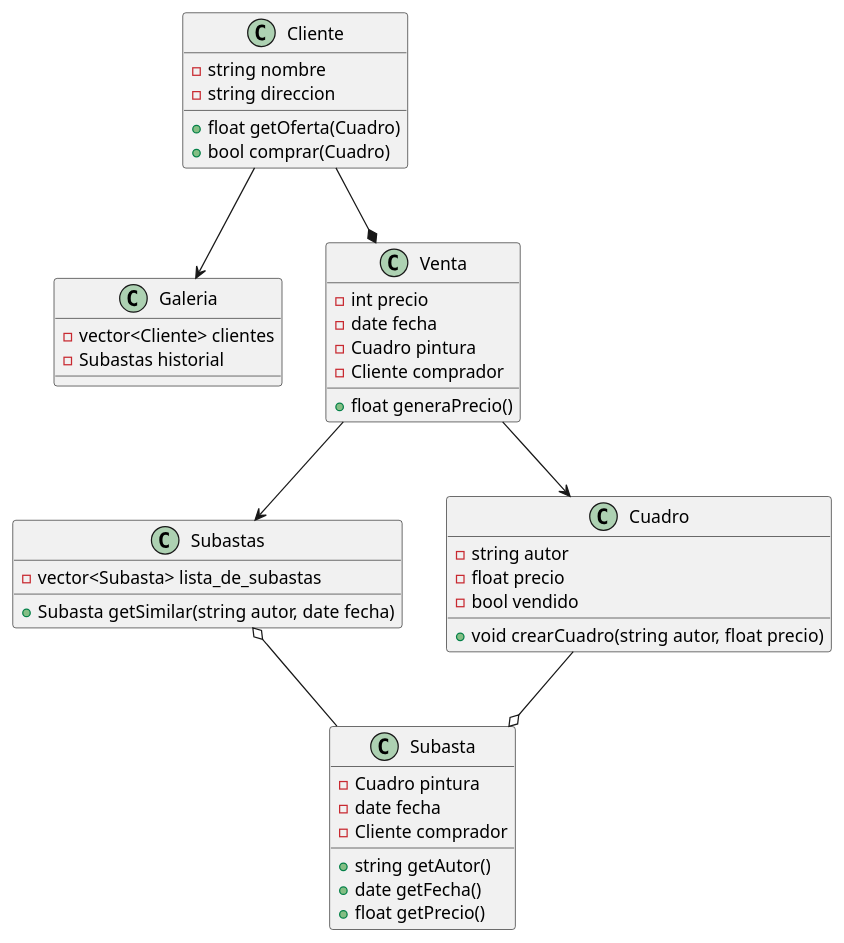
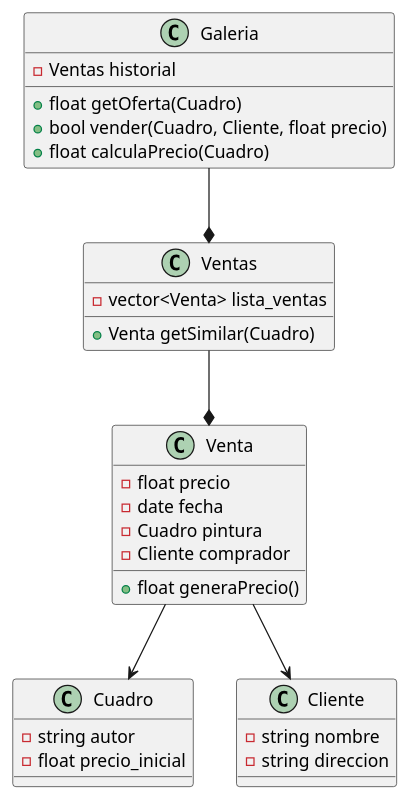
The diagram in Actividades/A5.1.osbert/clases.puml (semylevy/A01023530_aymss18), drawn with PlantUML before and after one commit. The commit also changed 2 other files, not shown here.

```diff
--- a/Actividades/A5.1.osbert/clases.puml
+++ b/Actividades/A5.1.osbert/clases.puml
@@ -1,51 +1,38 @@
 @startuml
 
 class Galeria {
-    -vector<Cliente> clientes
-    -Subastas historial
+    -Ventas historial
+    +float getOferta(Cuadro)
+    +bool vender(Cuadro, Cliente, float precio)
+    +float calculaPrecio(Cuadro)
 }
 
-class Subastas {
-    -vector<Subasta> lista_de_subastas
-    +Subasta getSimilar(string autor, date fecha)
-}
-
-class Subasta {
-    -Cuadro pintura
-    -date fecha
-    -Cliente comprador
-    +string getAutor()
-    +date getFecha()
-    +float getPrecio()
+class Ventas {
+    -vector<Venta> lista_ventas
+    +Venta getSimilar(Cuadro)
 }
 
 class Cuadro {
     -string autor
-    -float precio
-    -bool vendido
-    +void crearCuadro(string autor, float precio)
+    -float precio_inicial
 }
 
 class Cliente {
     -string nombre
     -string direccion
-    +float getOferta(Cuadro)
-    +bool comprar(Cuadro)
 }
 
 class Venta {
-    -int precio
+    -float precio
     -date fecha
     -Cuadro pintura
     -Cliente comprador
     +float generaPrecio()
 }
 
-Subastas o-- Subasta
-Venta --> Subastas
-Cliente --* Venta
-Cuadro --o Subasta
+Galeria --* Ventas
+Ventas --* Venta
 Venta --> Cuadro
-Cliente --> Galeria
+Venta --> Cliente
 
 @enduml
```
